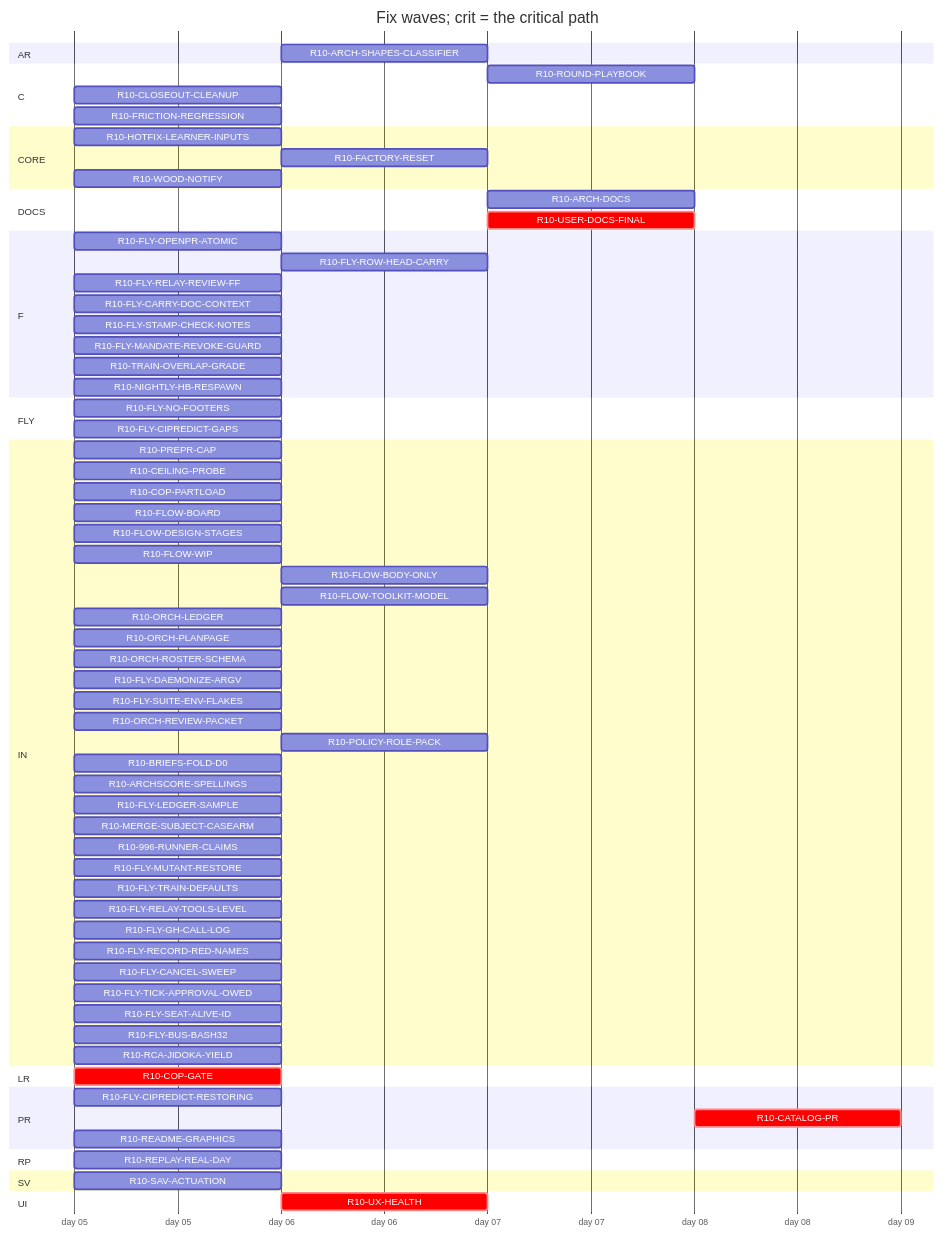
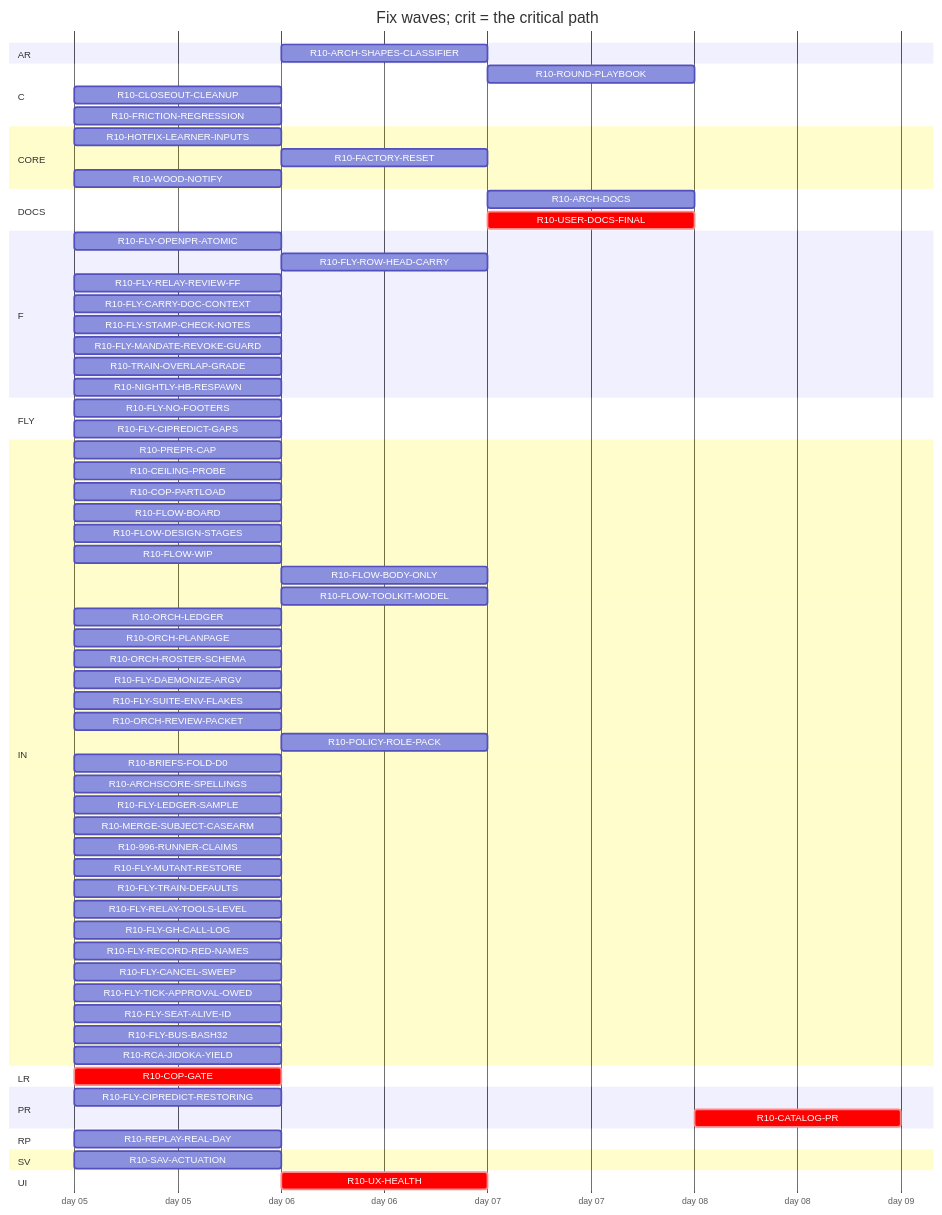
The diagram in handoff/round10/state/PLAN-TABLE.md (tvofi/heatpump_optimizer), drawn with Mermaid before and after one commit. The commit also changed other lines of this file and 3 other files, not shown here.

Commit message:
state: FLOW-BOARD.md, NEXT-SESSION-PROMPT.md, PLAN-TABLE.md, RESUME-CURRENT.md regenerated (state_docs.py)

````diff
--- a/handoff/round10/state/PLAN-TABLE.md
+++ b/handoff/round10/state/PLAN-TABLE.md
@@ -25,74 +25,73 @@
 ```mermaid
 gantt
   title Fix waves; crit = the critical path
   dateFormat YYYY-MM-DD
   axisFormat day %d
   section AR
     R10-ARCH-SHAPES-CLASSIFIER :r10ARCHSHAPESCLASSIFIER, after r10996RUNNERCLAIMS, 1d
   section C
     R10-ROUND-PLAYBOOK :r10ROUNDPLAYBOOK, after r10ORCHLEDGER r10ORCHPLANPAGE r10FLYRELAYREVIEWFF r10FLOWBODYONLY, 1d
     R10-CLOSEOUT-CLEANUP :r10CLOSEOUTCLEANUP, 2026-01-05, 1d
     R10-FRICTION-REGRESSION :r10FRICTIONREGRESSION, 2026-01-05, 1d
   section CORE
     R10-HOTFIX-LEARNER-INPUTS :r10HOTFIXLEARNERINPUTS, 2026-01-05, 1d
     R10-FACTORY-RESET :r10FACTORYRESET, after r10HOTFIXLEARNERINPUTS, 1d
     R10-WOOD-NOTIFY :r10WOODNOTIFY, 2026-01-05, 1d
   section DOCS
-    R10-ARCH-DOCS :r10ARCHDOCS, after r10COPGATE r10UXHEALTH r10CEILINGPROBE r10COPPARTLOAD r10FLOWBOARD r10FLOWDESIGNSTAGES r10FLOWWIP r10FLOWBODYONLY r10FLYOPENPRATOMIC r10FLYROWHEADCARRY r10FLYRELAYREVIEWFF r10FLYCARRYDOCCONTEXT r10FLOWTOOLKITMODEL r10FLYSTAMPCHECKNOTES r10FLYMANDATEREVOKEGUARD r10TRAINOVERLAPGRADE r10NIGHTLYHBRESPAWN r10ORCHLEDGER r10ORCHPLANPAGE r10ORCHROSTERSCHEMA r10FLYDAEMONIZEARGV r10ORCHREVIEWPACKET r10POLICYROLEPACK r10BRIEFSFOLDD0 r10REPLAYREALDAY r10ARCHSCORESPELLINGS r10SAVACTUATION r10FLYLEDGERSAMPLE r10READMEGRAPHICS, 1d
-    R10-USER-DOCS-FINAL :crit, r10USERDOCSFINAL, after r10COPGATE r10UXHEALTH r10CEILINGPROBE r10COPPARTLOAD r10FLOWBOARD r10FLOWDESIGNSTAGES r10FLOWWIP r10FLOWBODYONLY r10FLYOPENPRATOMIC r10FLYROWHEADCARRY r10FLYRELAYREVIEWFF r10FLYCARRYDOCCONTEXT r10FLOWTOOLKITMODEL r10FLYSTAMPCHECKNOTES r10FLYMANDATEREVOKEGUARD r10TRAINOVERLAPGRADE r10NIGHTLYHBRESPAWN r10ORCHLEDGER r10ORCHPLANPAGE r10ORCHROSTERSCHEMA r10FLYDAEMONIZEARGV r10ORCHREVIEWPACKET r10POLICYROLEPACK r10BRIEFSFOLDD0 r10REPLAYREALDAY r10ARCHSCORESPELLINGS r10SAVACTUATION r10FLYLEDGERSAMPLE r10READMEGRAPHICS r10HOTFIXLEARNERINPUTS r10FACTORYRESET r10WOODNOTIFY, 1d
+    R10-ARCH-DOCS :r10ARCHDOCS, after r10COPGATE r10UXHEALTH r10CEILINGPROBE r10COPPARTLOAD r10FLOWBOARD r10FLOWDESIGNSTAGES r10FLOWWIP r10FLOWBODYONLY r10FLYOPENPRATOMIC r10FLYROWHEADCARRY r10FLYRELAYREVIEWFF r10FLYCARRYDOCCONTEXT r10FLOWTOOLKITMODEL r10FLYSTAMPCHECKNOTES r10FLYMANDATEREVOKEGUARD r10TRAINOVERLAPGRADE r10NIGHTLYHBRESPAWN r10ORCHLEDGER r10ORCHPLANPAGE r10ORCHROSTERSCHEMA r10FLYDAEMONIZEARGV r10ORCHREVIEWPACKET r10POLICYROLEPACK r10BRIEFSFOLDD0 r10REPLAYREALDAY r10ARCHSCORESPELLINGS r10SAVACTUATION r10FLYLEDGERSAMPLE, 1d
+    R10-USER-DOCS-FINAL :crit, r10USERDOCSFINAL, after r10COPGATE r10UXHEALTH r10CEILINGPROBE r10COPPARTLOAD r10FLOWBOARD r10FLOWDESIGNSTAGES r10FLOWWIP r10FLOWBODYONLY r10FLYOPENPRATOMIC r10FLYROWHEADCARRY r10FLYRELAYREVIEWFF r10FLYCARRYDOCCONTEXT r10FLOWTOOLKITMODEL r10FLYSTAMPCHECKNOTES r10FLYMANDATEREVOKEGUARD r10TRAINOVERLAPGRADE r10NIGHTLYHBRESPAWN r10ORCHLEDGER r10ORCHPLANPAGE r10ORCHROSTERSCHEMA r10FLYDAEMONIZEARGV r10ORCHREVIEWPACKET r10POLICYROLEPACK r10BRIEFSFOLDD0 r10REPLAYREALDAY r10ARCHSCORESPELLINGS r10SAVACTUATION r10FLYLEDGERSAMPLE r10HOTFIXLEARNERINPUTS r10FACTORYRESET r10WOODNOTIFY, 1d
   section F
     R10-FLY-OPENPR-ATOMIC :r10FLYOPENPRATOMIC, 2026-01-05, 1d
     R10-FLY-ROW-HEAD-CARRY :r10FLYROWHEADCARRY, after r10FLYOPENPRATOMIC, 1d
     R10-FLY-RELAY-REVIEW-FF :r10FLYRELAYREVIEWFF, 2026-01-05, 1d
     R10-FLY-CARRY-DOC-CONTEXT :r10FLYCARRYDOCCONTEXT, 2026-01-05, 1d
     R10-FLY-STAMP-CHECK-NOTES :r10FLYSTAMPCHECKNOTES, 2026-01-05, 1d
     R10-FLY-MANDATE-REVOKE-GUARD :r10FLYMANDATEREVOKEGUARD, 2026-01-05, 1d
     R10-TRAIN-OVERLAP-GRADE :r10TRAINOVERLAPGRADE, 2026-01-05, 1d
     R10-NIGHTLY-HB-RESPAWN :r10NIGHTLYHBRESPAWN, 2026-01-05, 1d
   section FLY
     R10-FLY-NO-FOOTERS :r10FLYNOFOOTERS, 2026-01-05, 1d
     R10-FLY-CIPREDICT-GAPS :r10FLYCIPREDICTGAPS, 2026-01-05, 1d
   section IN
     R10-PREPR-CAP :r10PREPRCAP, 2026-01-05, 1d
     R10-CEILING-PROBE :r10CEILINGPROBE, 2026-01-05, 1d
     R10-COP-PARTLOAD :r10COPPARTLOAD, 2026-01-05, 1d
     R10-FLOW-BOARD :r10FLOWBOARD, 2026-01-05, 1d
     R10-FLOW-DESIGN-STAGES :r10FLOWDESIGNSTAGES, 2026-01-05, 1d
     R10-FLOW-WIP :r10FLOWWIP, 2026-01-05, 1d
     R10-FLOW-BODY-ONLY :r10FLOWBODYONLY, after r10FLYOPENPRATOMIC, 1d
     R10-FLOW-TOOLKIT-MODEL :r10FLOWTOOLKITMODEL, after r10ORCHPLANPAGE, 1d
     R10-ORCH-LEDGER :r10ORCHLEDGER, 2026-01-05, 1d
     R10-ORCH-PLANPAGE :r10ORCHPLANPAGE, 2026-01-05, 1d
     R10-ORCH-ROSTER-SCHEMA :r10ORCHROSTERSCHEMA, 2026-01-05, 1d
     R10-FLY-DAEMONIZE-ARGV :r10FLYDAEMONIZEARGV, 2026-01-05, 1d
     R10-FLY-SUITE-ENV-FLAKES :r10FLYSUITEENVFLAKES, 2026-01-05, 1d
     R10-ORCH-REVIEW-PACKET :r10ORCHREVIEWPACKET, 2026-01-05, 1d
     R10-POLICY-ROLE-PACK :r10POLICYROLEPACK, after r10FLOWDESIGNSTAGES, 1d
     R10-BRIEFS-FOLD-D0 :r10BRIEFSFOLDD0, 2026-01-05, 1d
     R10-ARCHSCORE-SPELLINGS :r10ARCHSCORESPELLINGS, 2026-01-05, 1d
     R10-FLY-LEDGER-SAMPLE :r10FLYLEDGERSAMPLE, 2026-01-05, 1d
     R10-MERGE-SUBJECT-CASEARM :r10MERGESUBJECTCASEARM, 2026-01-05, 1d
     R10-996-RUNNER-CLAIMS :r10996RUNNERCLAIMS, 2026-01-05, 1d
     R10-FLY-MUTANT-RESTORE :r10FLYMUTANTRESTORE, 2026-01-05, 1d
     R10-FLY-TRAIN-DEFAULTS :r10FLYTRAINDEFAULTS, 2026-01-05, 1d
     R10-FLY-RELAY-TOOLS-LEVEL :r10FLYRELAYTOOLSLEVEL, 2026-01-05, 1d
     R10-FLY-GH-CALL-LOG :r10FLYGHCALLLOG, 2026-01-05, 1d
     R10-FLY-RECORD-RED-NAMES :r10FLYRECORDREDNAMES, 2026-01-05, 1d
     R10-FLY-CANCEL-SWEEP :r10FLYCANCELSWEEP, 2026-01-05, 1d
     R10-FLY-TICK-APPROVAL-OWED :r10FLYTICKAPPROVALOWED, 2026-01-05, 1d
     R10-FLY-SEAT-ALIVE-ID :r10FLYSEATALIVEID, 2026-01-05, 1d
     R10-FLY-BUS-BASH32 :r10FLYBUSBASH32, 2026-01-05, 1d
     R10-RCA-JIDOKA-YIELD :r10RCAJIDOKAYIELD, 2026-01-05, 1d
   section LR
     R10-COP-GATE :crit, r10COPGATE, 2026-01-05, 1d
   section PR
     R10-FLY-CIPREDICT-RESTORING :r10FLYCIPREDICTRESTORING, 2026-01-05, 1d
-    R10-CATALOG-PR :crit, r10CATALOGPR, after r10READMEGRAPHICS r10USERDOCSFINAL, 1d
-    R10-README-GRAPHICS :r10READMEGRAPHICS, 2026-01-05, 1d
+    R10-CATALOG-PR :crit, r10CATALOGPR, after r10USERDOCSFINAL, 1d
   section RP
     R10-REPLAY-REAL-DAY :r10REPLAYREALDAY, 2026-01-05, 1d
   section SV
     R10-SAV-ACTUATION :r10SAVACTUATION, 2026-01-05, 1d
   section UI
     R10-UX-HEALTH :crit, r10UXHEALTH, after r10COPGATE, 1d
 ```
````
